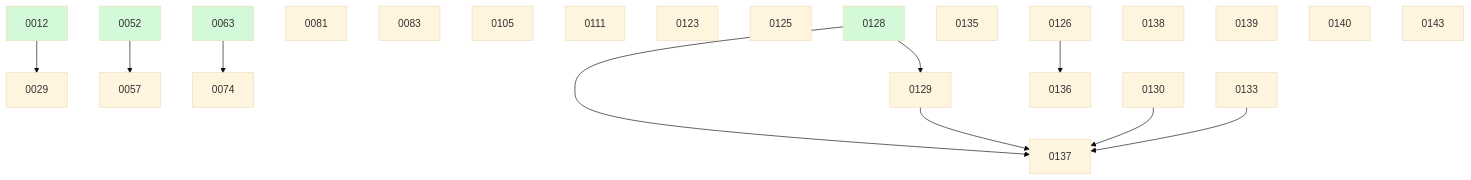
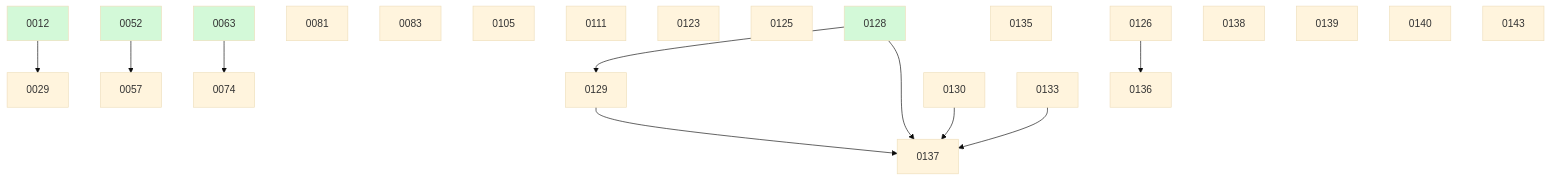
One commit to ethanhinson/fuse changed the diagram in docs/changes/BOARD.md. Above: the diagram before and after it, drawn with Mermaid (base theme). The commit also changed other lines of this file and 2 other files, not shown here.

````diff
--- a/docs/changes/BOARD.md
+++ b/docs/changes/BOARD.md
@@ -43,29 +42,28 @@
 ```mermaid
 graph TD
   0012 --> 0029
   0052 --> 0057
   0063 --> 0074
   0081
   0083
   0105
   0111
   0123
   0125
   0128 --> 0129
-  0133
   0135
   0126 --> 0136
   0128 --> 0137
   0129 --> 0137
   0130 --> 0137
   0133 --> 0137
   0138
   0139
   0140
   0143
   0012:::done
   0052:::done
   0063:::done
   0128:::done
   classDef done fill:#d3f9d8;
 ```
````
